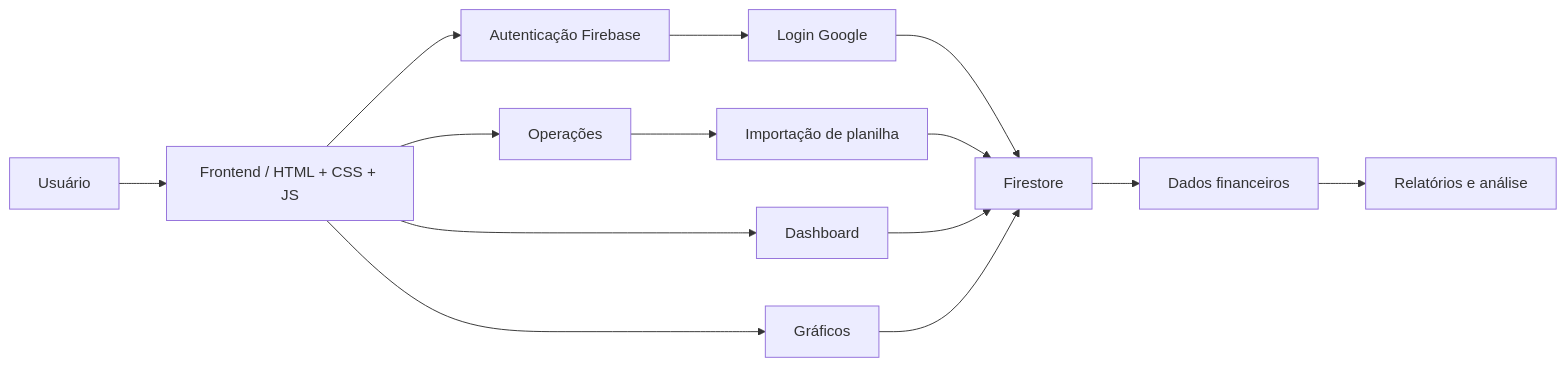
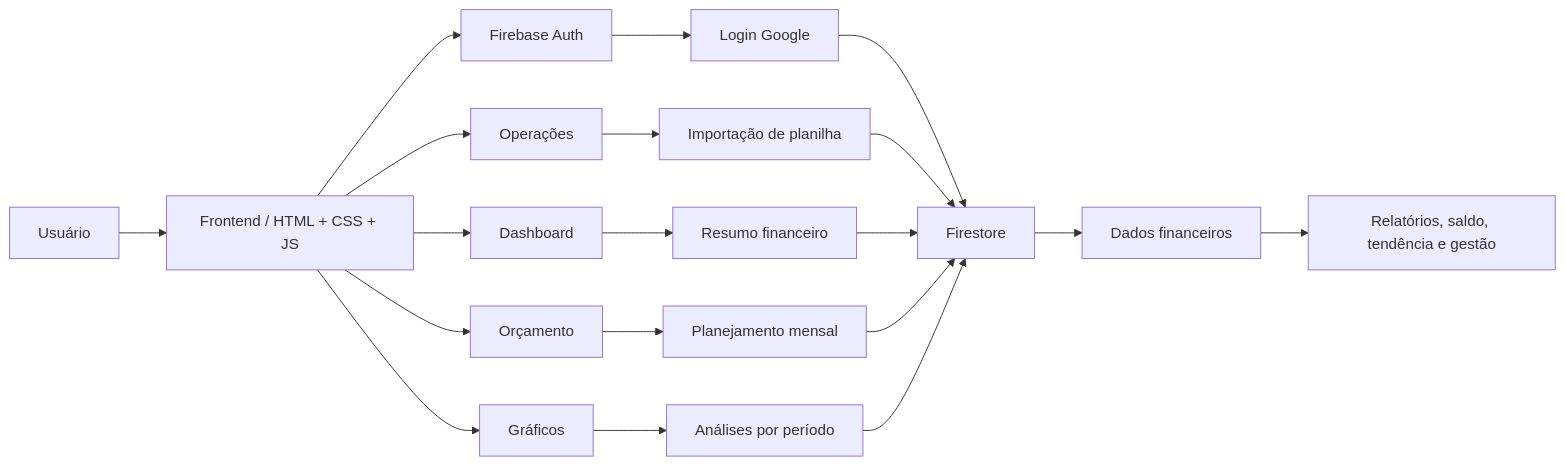
Before and after one commit to azevedowba/Dashfin: the diagram in dashfin-arquitetura.md, drawn with Mermaid. The commit also changed other lines of this file and 3 other files, not shown here.

````diff
--- a/dashfin-arquitetura.md
+++ b/dashfin-arquitetura.md
@@ -1,19 +23,25 @@
 ```mermaid
 flowchart LR
     U[Usuário] --> P[Frontend / HTML + CSS + JS]
-    P --> A[Autenticação Firebase]
+    P --> A[Firebase Auth]
     P --> D[Dashboard]
     P --> O[Operações]
     P --> G[Gráficos]
+    P --> B[Orçamento]
 
     A --> L[Login Google]
     L --> F[Firestore]
 
+    D --> R[Resumo financeiro]
     O --> I[Importação de planilha]
+    B --> M[Planejamento mensal]
+    G --> A1[Análises por período]
+
     I --> F
-    D --> F
-    G --> F
+    R --> F
+    M --> F
+    A1 --> F
 
-    F --> R[Dados financeiros]
-    R --> B[Relatórios e análise]
+    F --> S[Dados financeiros]
+    S --> C[Relatórios, saldo, tendência e gestão]
 ```
````
